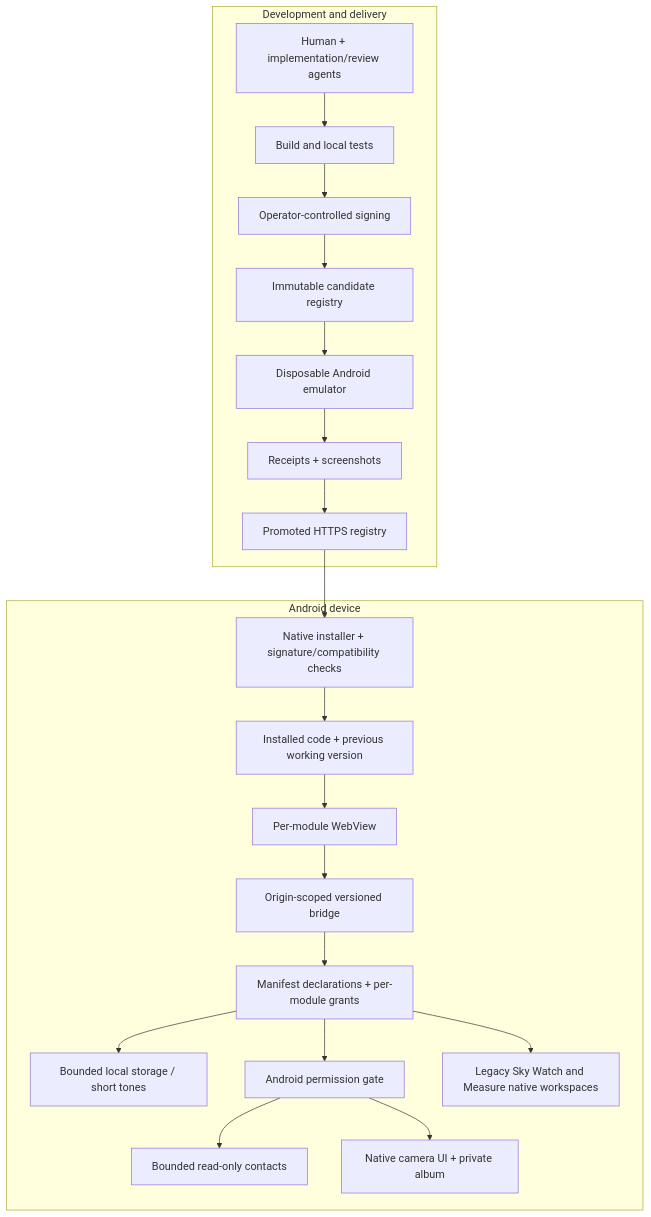
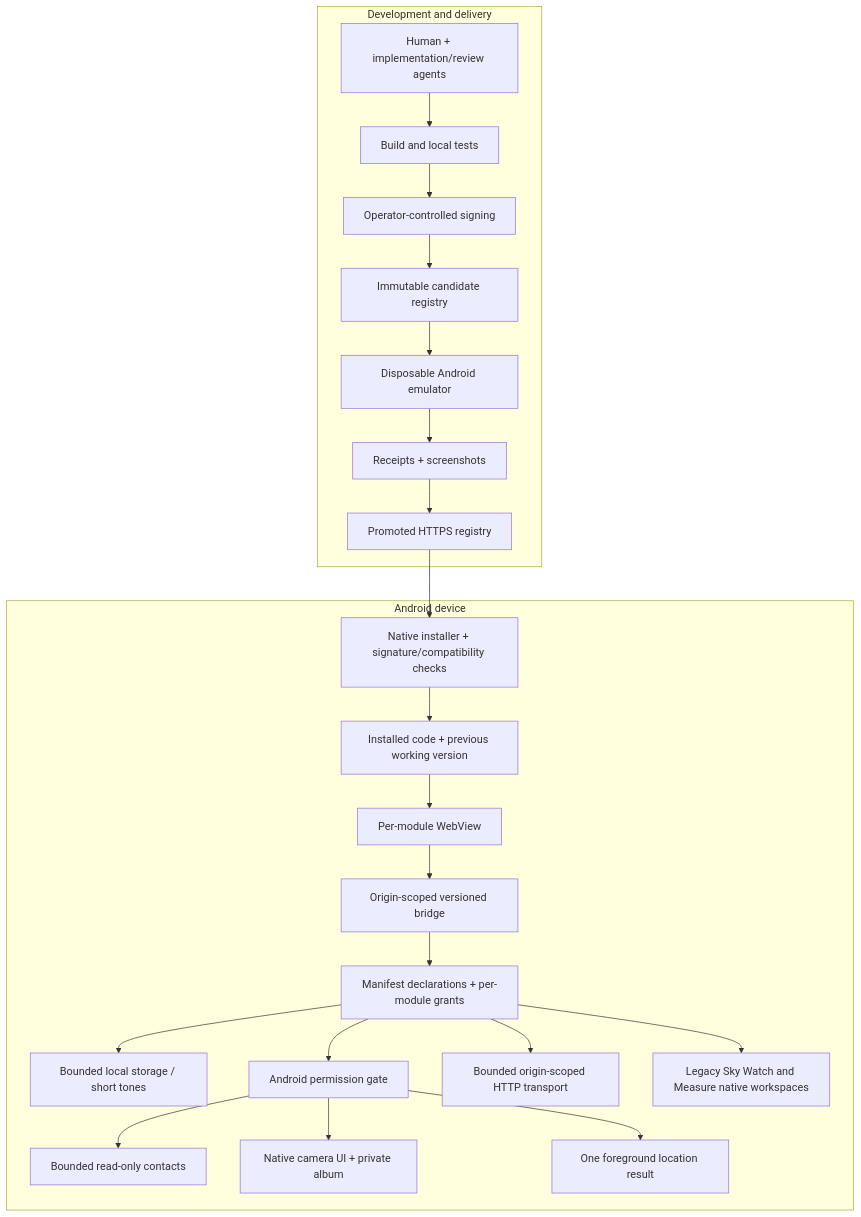
One commit to blueworkslabs/construct changed the diagram in docs/architecture.md. Above: the diagram before and after it, drawn with Mermaid. The commit also changed other lines of this file and 43 other files, not shown here.

Commit message:
feat: move Sky Watch into a module with bounded HTTP and location APIs

````diff
--- a/docs/architecture.md
+++ b/docs/architecture.md
@@ -11,23 +11,25 @@
 ```mermaid
 flowchart TB
     subgraph Development[Development and delivery]
         Workshop[Human + implementation/review agents] --> Build[Build and local tests]
         Build --> Signer[Operator-controlled signing]
         Signer --> Candidate[Immutable candidate registry]
         Candidate --> Runner[Disposable Android emulator]
         Runner --> Evidence[Receipts + screenshots]
         Evidence --> Registry[Promoted HTTPS registry]
     end
     subgraph Phone[Android device]
         Registry --> Installer[Native installer + signature/compatibility checks]
         Installer --> Store[Installed code + previous working version]
         Store --> WebView[Per-module WebView]
         WebView --> Bridge[Origin-scoped versioned bridge]
         Bridge --> Grants[Manifest declarations + per-module grants]
         Grants --> Local[Bounded local storage / short tones]
         Grants --> AndroidGate[Android permission gate]
         AndroidGate --> Contacts[Bounded read-only contacts]
         AndroidGate --> Camera[Native camera UI + private album]
+        Grants --> HTTP[Bounded origin-scoped HTTP transport]
+        AndroidGate --> Location[One foreground location result]
         Grants --> Legacy[Legacy Sky Watch and Measure native workspaces]
     end
 ```
````
